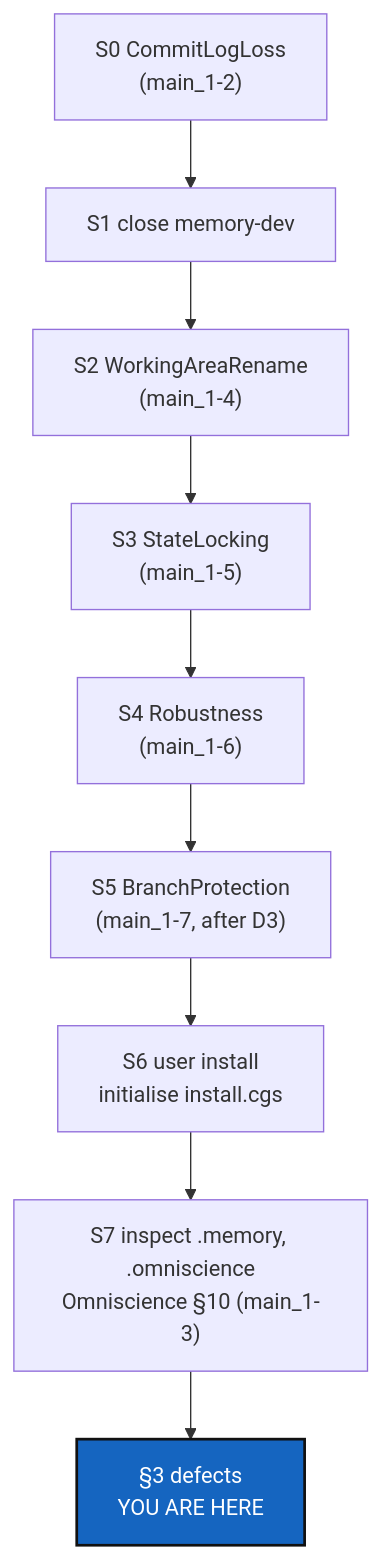
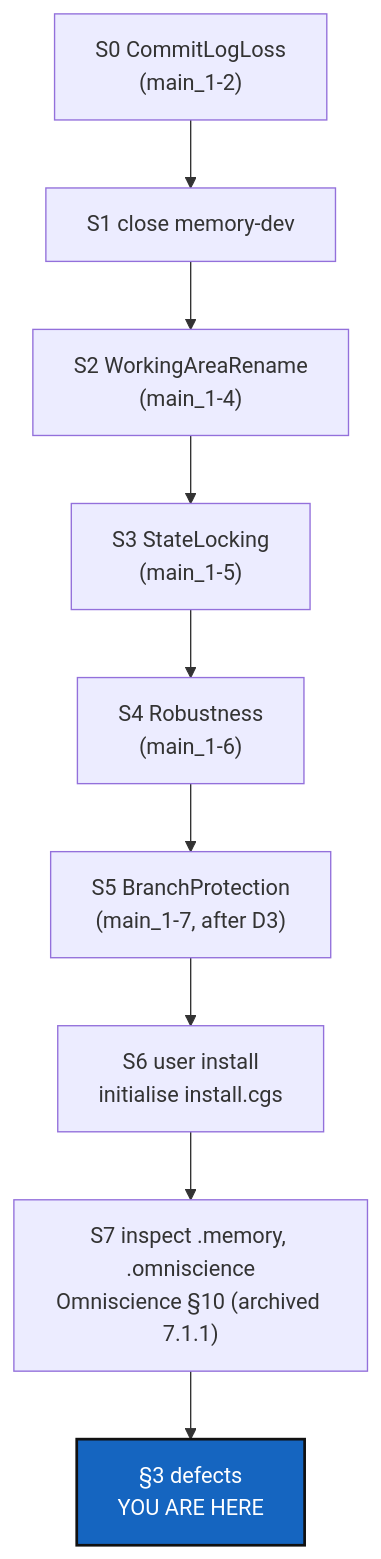
Before and after one commit to flipoyo/.dev: the diagram in DevTickets/openTickets/main_1-1_BeforeBeta_DevPlanTicket.md, drawn with Mermaid. The commit also changed other lines of this file and 4 other files, not shown here.

````diff
--- a/DevTickets/openTickets/main_1-1_BeforeBeta_DevPlanTicket.md
+++ b/DevTickets/openTickets/main_1-1_BeforeBeta_DevPlanTicket.md
@@ -89,14 +89,14 @@
 ```mermaid
 graph TD
     S0["S0 CommitLogLoss<br/>(main_1-2)"] --> S1["S1 close memory-dev"]
     S1 --> S2["S2 WorkingAreaRename<br/>(main_1-4)"]
     S2 --> S3["S3 StateLocking<br/>(main_1-5)"]
     S3 --> S4["S4 Robustness<br/>(main_1-6)"]
     S4 --> S5["S5 BranchProtection<br/>(main_1-7, after D3)"]
     S5 --> S6["S6 user install<br/>initialise install.cgs"]
-    S6 --> S7["S7 inspect .memory, .omniscience<br/>Omniscience §10 (main_1-3)"]
+    S6 --> S7["S7 inspect .memory, .omniscience<br/>Omniscience §10 (archived 7.1.1)"]
     S7 --> R["§3 defects<br/>YOU ARE HERE"]
 
     classDef here fill:#1565C0,color:#fff,stroke:#111,stroke-width:2px;
     class R here;
 ```
````
